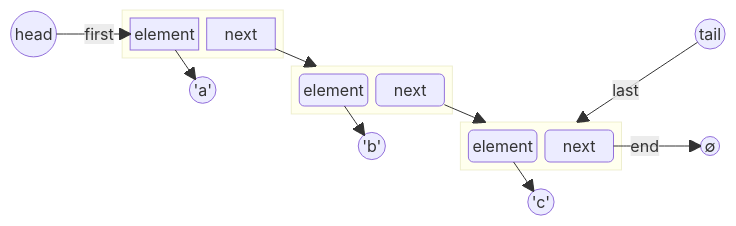
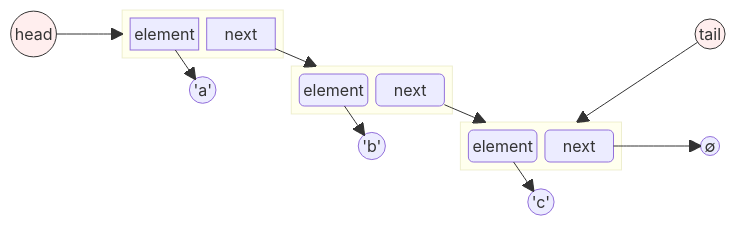
One commit to ruslylove/datastruct changed the first of 12 diagrams in lectures/lect-3-Singly-Linked-List.md. Above: the diagram before and after it, drawn with Mermaid. The commit also changed other lines of this file and 1 other file, not shown here.

Commit message:
update linked list diagram

````diff
--- a/lectures/lect-3-Singly-Linked-List.md
+++ b/lectures/lect-3-Singly-Linked-List.md
@@ -36,56 +36,58 @@
 ```mermaid {scale:1}
 
 block-beta
 
     columns 5
 
     head
 
     block:node1
         element
         next
     end
 
     space
     space
     tail(("tail"))
     space
     A(("'a'"))
     
     block:node2
         element2("element")
         next2("next")
     end
 
     space
     space
     space
     space
     B(("'b'"))
 
     block:node3
         element3("element")
         next3("next")
     end
     
     null
 
     space
     space
     space
     
     C(("'c'"))
 
     next --> node2
     next2 --> node3
-    next3 -- "end" --> null(("∅"))
-    head(("head")) -- "first" --> element
+    next3 --> null(("∅"))
+    head(("head")) --> node1
     element --> A
     element2 --> B
     element3 --> C
-    tail -- "last" --> node3
+    tail --> node3
 
     %%style tail stroke-dasharray: 5 5
+    style head fill:#fee,stroke:#333
+    style tail fill:#fee,stroke:#333
 
 
 ```
````
